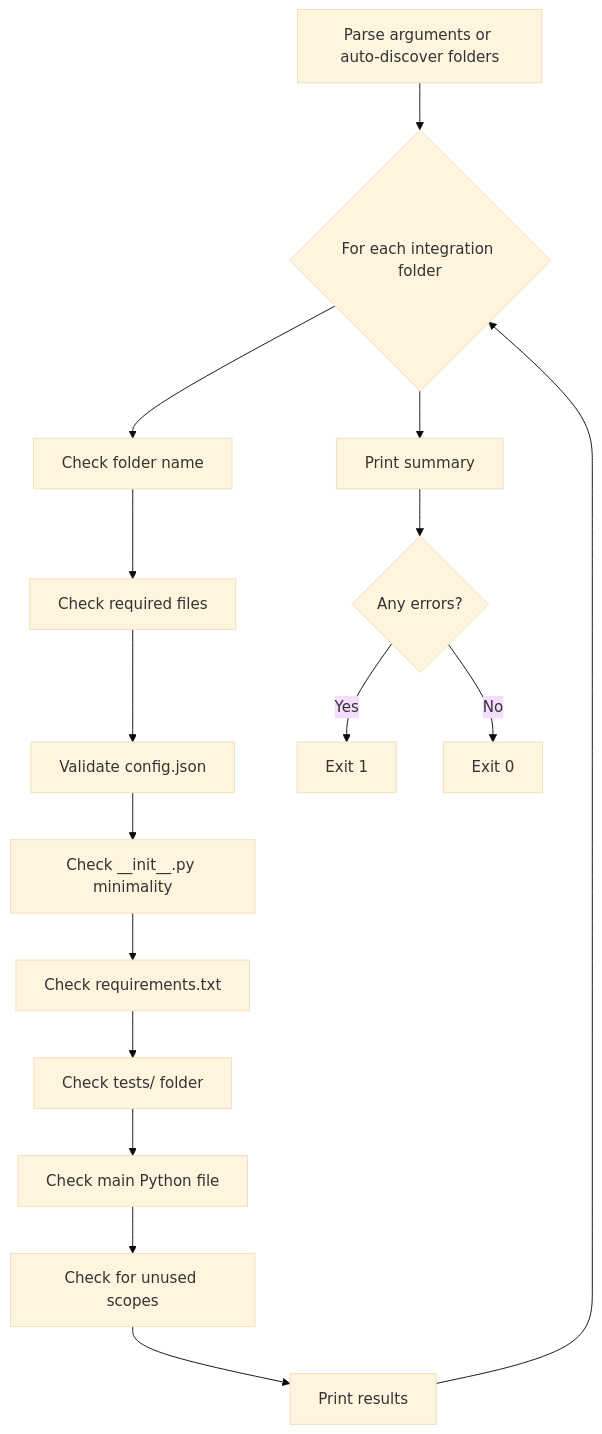
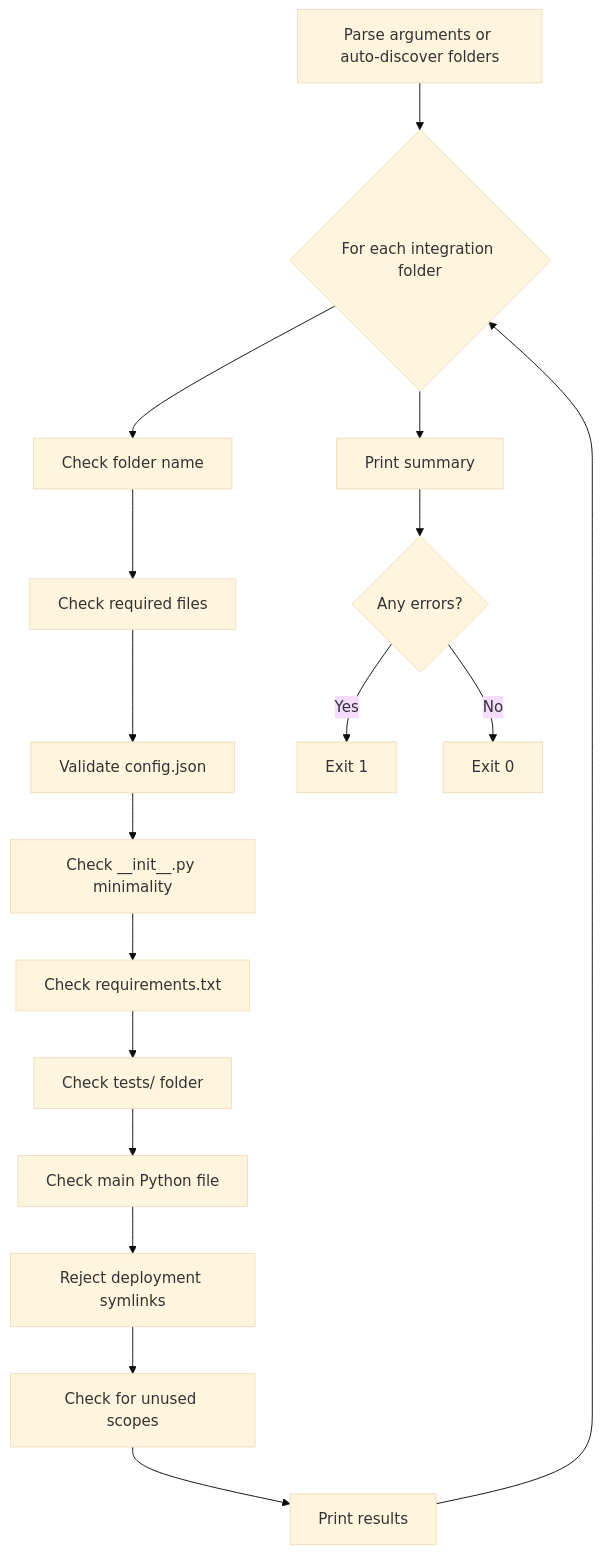
Before and after one commit to Autohive-AI/autohive-integrations-tooling: the diagram in scripts/docs/validate_integration.md, drawn with Mermaid (base theme). The commit also changed other lines of this file and 5 other files, not shown here.

````diff
--- a/scripts/docs/validate_integration.md
+++ b/scripts/docs/validate_integration.md
@@ -186,18 +193,19 @@
 ```mermaid
 flowchart TD
     A[Parse arguments or auto-discover folders] --> B{For each integration folder}
     B --> C[Check folder name]
     C --> D[Check required files]
     D --> E[Validate config.json]
     E --> F[Check __init__.py minimality]
     F --> G[Check requirements.txt]
     G --> H[Check tests/ folder]
     H --> I[Check main Python file]
-    I --> J[Check for unused scopes]
-    J --> K[Print results]
-    K --> B
-    B --> L[Print summary]
-    L --> M{Any errors?}
-    M -->|Yes| N[Exit 1]
-    M -->|No| O[Exit 0]
+    I --> J[Reject deployment symlinks]
+    J --> K[Check for unused scopes]
+    K --> L[Print results]
+    L --> B
+    B --> M[Print summary]
+    M --> N{Any errors?}
+    N -->|Yes| O[Exit 1]
+    N -->|No| P[Exit 0]
 ```
````
